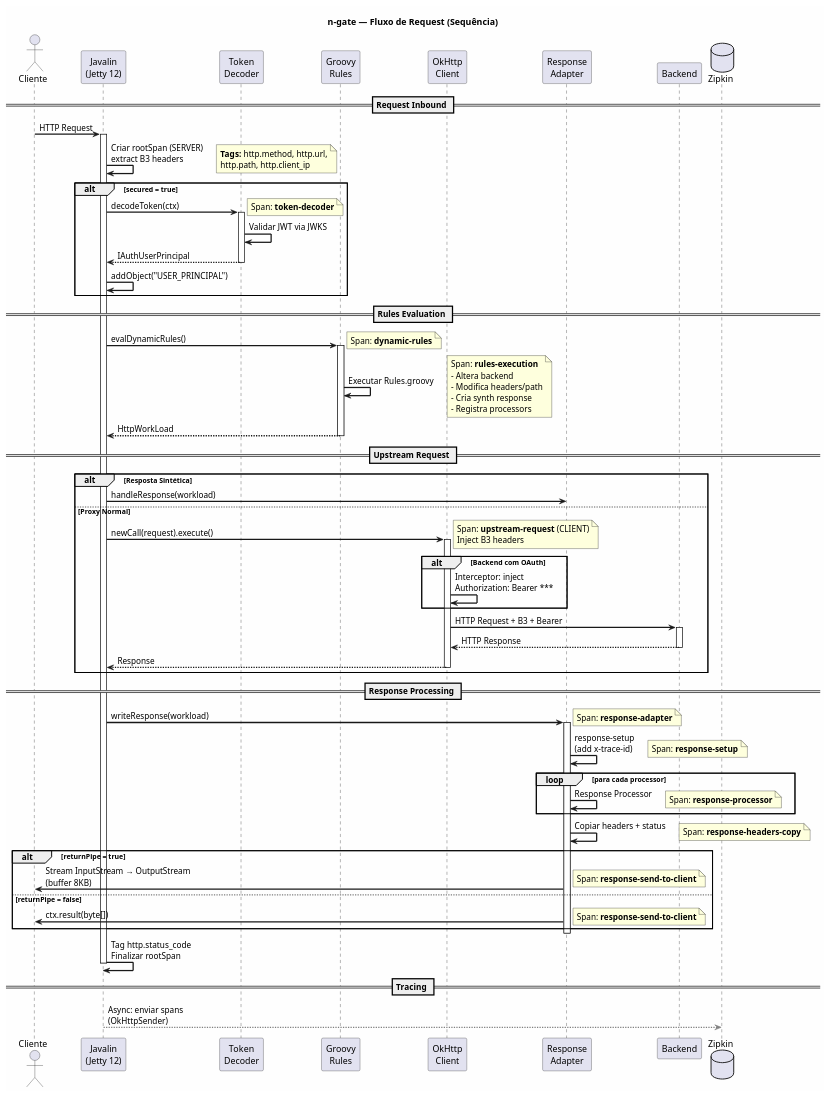
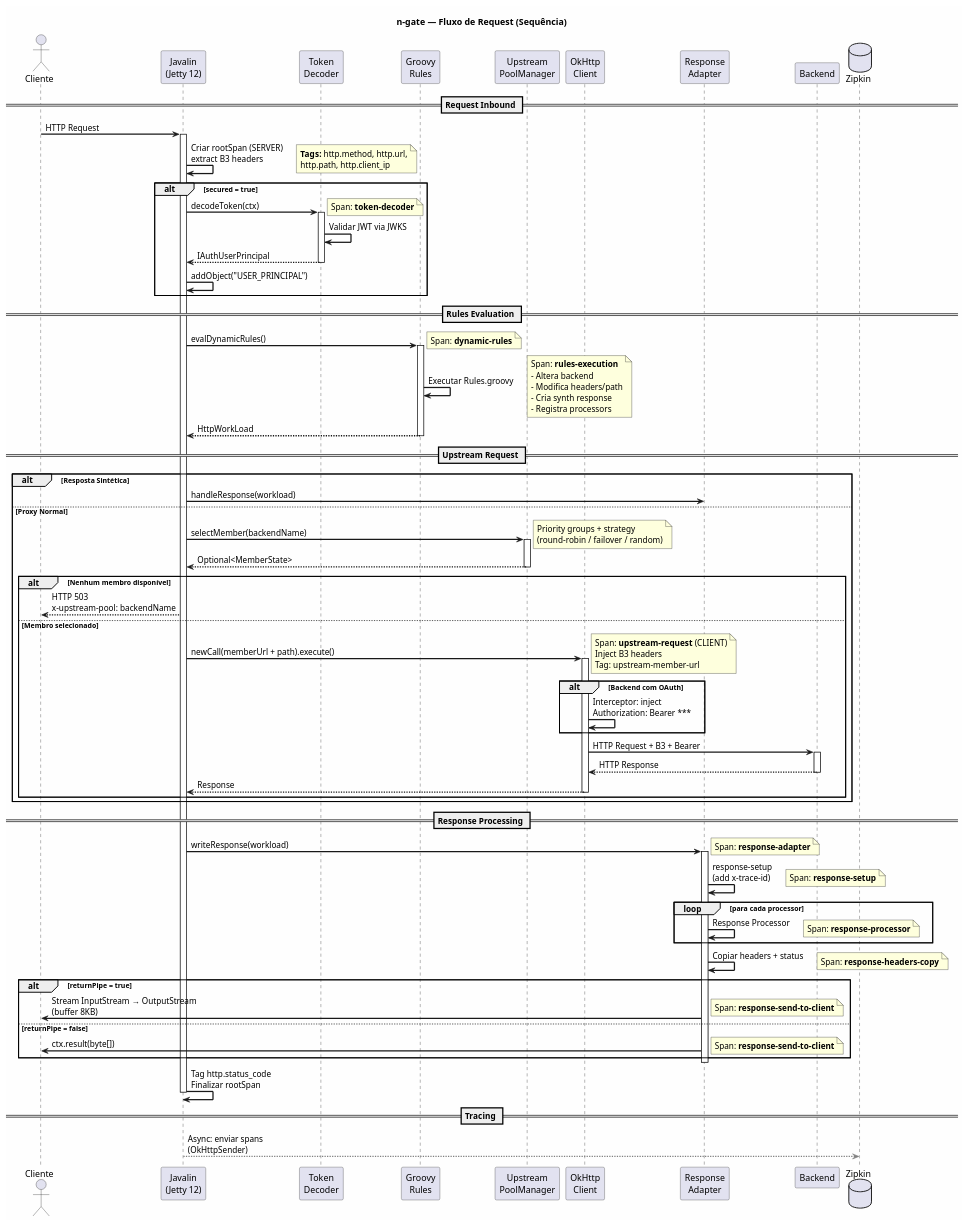
One commit to nishisan-dev/ishin-gateway changed the diagram in docs/diagrams/request_flow.puml. Above: the diagram before and after it, drawn with PlantUML. The commit also changed 6 other files, not shown here.

First line of the commit message:
docs: atualizar documentação para refletir upstream pool (members/strategy/healthCheck)

```diff
--- a/docs/diagrams/request_flow.puml
+++ b/docs/diagrams/request_flow.puml
@@ -1,104 +1,115 @@
 @startuml
 title n-gate — Fluxo de Request (Sequência)
 
 skinparam backgroundColor #FEFEFE
 skinparam sequenceArrowThickness 2
 skinparam sequenceParticipantBorderColor #333333
 
 actor "Cliente" as client
 participant "Javalin\n(Jetty 12)" as javalin
 participant "Token\nDecoder" as decoder
 participant "Groovy\nRules" as groovy
+participant "Upstream\nPoolManager" as poolmgr
 participant "OkHttp\nClient" as okhttp
 participant "Response\nAdapter" as response
 participant "Backend" as backend
 database "Zipkin" as zipkin
 
 == Request Inbound ==
 
 client -> javalin : HTTP Request
 activate javalin
 
 javalin -> javalin : Criar rootSpan (SERVER)\nextract B3 headers
 note right: **Tags:** http.method, http.url,\nhttp.path, http.client_ip
 
 alt secured = true
     javalin -> decoder : decodeToken(ctx)
     activate decoder
     note right: Span: **token-decoder**
     decoder -> decoder : Validar JWT via JWKS
     decoder --> javalin : IAuthUserPrincipal
     deactivate decoder
     javalin -> javalin : addObject("USER_PRINCIPAL")
 end
 
 == Rules Evaluation ==
 
 javalin -> groovy : evalDynamicRules()
 activate groovy
 note right: Span: **dynamic-rules**
 
 groovy -> groovy : Executar Rules.groovy
 note right: Span: **rules-execution**\n- Altera backend\n- Modifica headers/path\n- Cria synth response\n- Registra processors
 
 groovy --> javalin : HttpWorkLoad
 deactivate groovy
 
 == Upstream Request ==
 
 alt Resposta Sintética
     javalin -> response : handleResponse(workload)
 else Proxy Normal
-    javalin -> okhttp : newCall(request).execute()
-    activate okhttp
-    note right: Span: **upstream-request** (CLIENT)\nInject B3 headers
+    javalin -> poolmgr : selectMember(backendName)
+    activate poolmgr
+    note right: Priority groups + strategy\n(round-robin / failover / random)
+    poolmgr --> javalin : Optional<MemberState>
+    deactivate poolmgr
 
-    alt Backend com OAuth
-        okhttp -> okhttp : Interceptor: inject\nAuthorization: Bearer ***
+    alt Nenhum membro disponível
+        javalin --> client : HTTP 503\nx-upstream-pool: backendName
+    else Membro selecionado
+        javalin -> okhttp : newCall(memberUrl + path).execute()
+        activate okhttp
+        note right: Span: **upstream-request** (CLIENT)\nInject B3 headers\nTag: upstream-member-url
+
+        alt Backend com OAuth
+            okhttp -> okhttp : Interceptor: inject\nAuthorization: Bearer ***
+        end
+
+        okhttp -> backend : HTTP Request + B3 + Bearer
+        activate backend
+        backend --> okhttp : HTTP Response
+        deactivate backend
+
+        okhttp --> javalin : Response
+        deactivate okhttp
     end
-
-    okhttp -> backend : HTTP Request + B3 + Bearer
-    activate backend
-    backend --> okhttp : HTTP Response
-    deactivate backend
-
-    okhttp --> javalin : Response
-    deactivate okhttp
 end
 
 == Response Processing ==
 
 javalin -> response : writeResponse(workload)
 activate response
 note right: Span: **response-adapter**
 
 response -> response : response-setup\n(add x-trace-id)
 note right: Span: **response-setup**
 
 loop para cada processor
     response -> response : Response Processor
     note right: Span: **response-processor**
 end
 
 response -> response : Copiar headers + status
 note right: Span: **response-headers-copy**
 
 alt returnPipe = true
     response -> client : Stream InputStream → OutputStream\n(buffer 8KB)
     note right: Span: **response-send-to-client**
 else returnPipe = false
     response -> client : ctx.result(byte[])
     note right: Span: **response-send-to-client**
 end
 
 deactivate response
 
 javalin -> javalin : Tag http.status_code\nFinalizar rootSpan
 
 deactivate javalin
 
 == Tracing ==
 
 javalin -[#gray]-> zipkin : Async: enviar spans\n(OkHttpSender)
 
 @enduml
```
